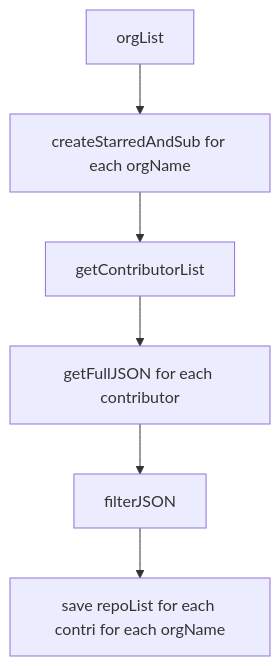
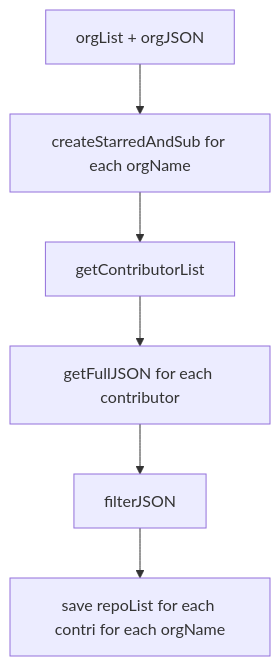
One commit to manan-v/test2 changed the diagram in docs/step2.md. Above: the diagram before and after it, drawn with Mermaid. The commit also changed other lines of this file, not shown here.

Commit message:
feat: corrections in flowchart and functions

````diff
--- a/docs/step2.md
+++ b/docs/step2.md
@@ -40,8 +40,8 @@
 ```mermaid
   graph TD;
-      A[orgList]-->B[createStarredAndSub for each orgName];
+      A[orgList + orgJSON]-->B[createStarredAndSub for each orgName];
       B-->C[getContributorList];
       C-->D[getFullJSON for each contributor];
       D-->E[filterJSON];
       E-->F[save repoList for each contri for each orgName]
 ```
````
